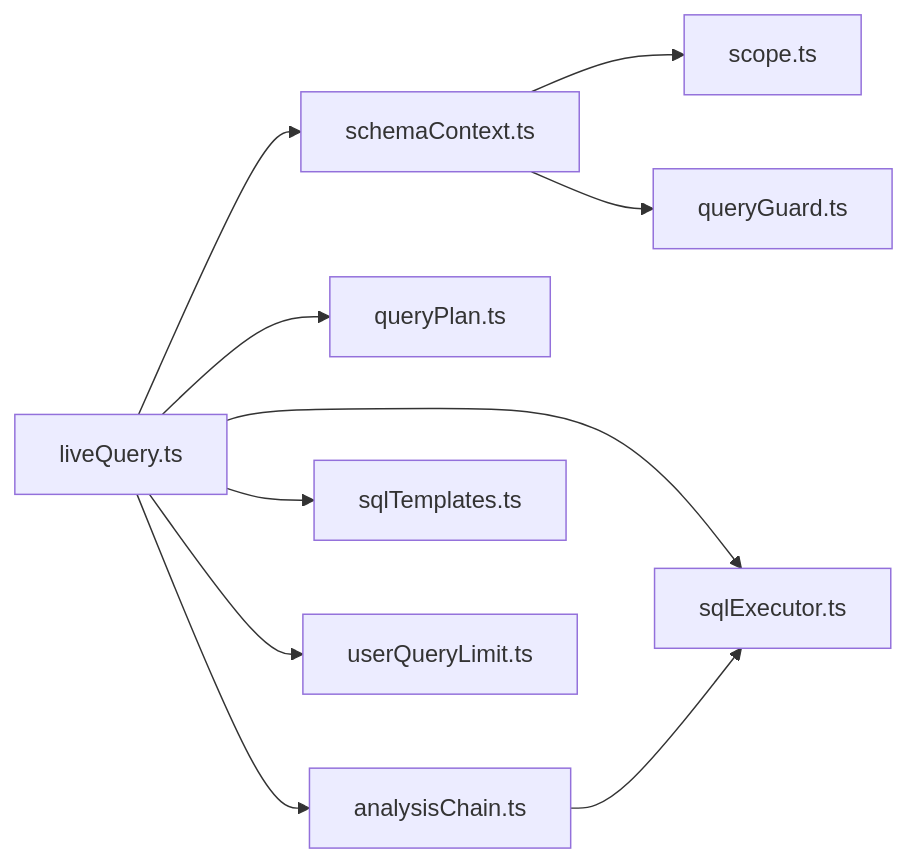
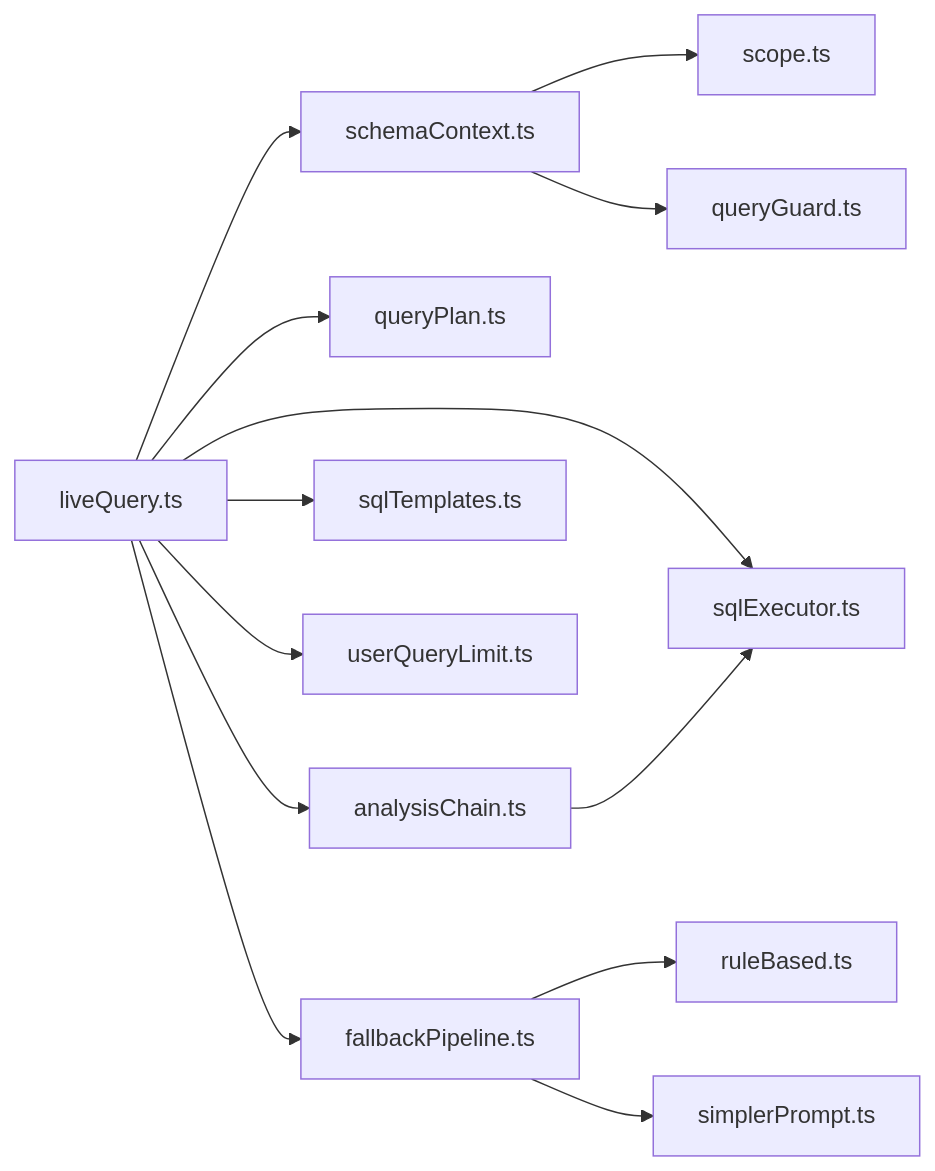
Before and after one commit to dgjin/smart-data-analytics: the ninth of 11 diagrams in .qoder/repowiki/zh/content/系统架构/核心组件详解/查询处理引擎/查询处理引擎.md, drawn with Mermaid. The commit also changed other lines of this file and 10 other files, not shown here.

````diff
--- a/.qoder/repowiki/zh/content/系统架构/核心组件详解/查询处理引擎/查询处理引擎.md
+++ b/.qoder/repowiki/zh/content/系统架构/核心组件详解/查询处理引擎/查询处理引擎.md
@@ -333,12 +396,15 @@
 ```mermaid
 graph LR
 LQ["liveQuery.ts"] --> SC["schemaContext.ts"]
 LQ --> PL["queryPlan.ts"]
 LQ --> CH["analysisChain.ts"]
 LQ --> SE["sqlExecutor.ts"]
 LQ --> ST["sqlTemplates.ts"]
 LQ --> UL["userQueryLimit.ts"]
+LQ --> FB["fallbackPipeline.ts"]
 CH --> SE
 SC --> SCOPE["scope.ts"]
 SC --> GUARD["queryGuard.ts"]
+FB --> RB["ruleBased.ts"]
+FB --> SP["simplerPrompt.ts"]
 ```
````
